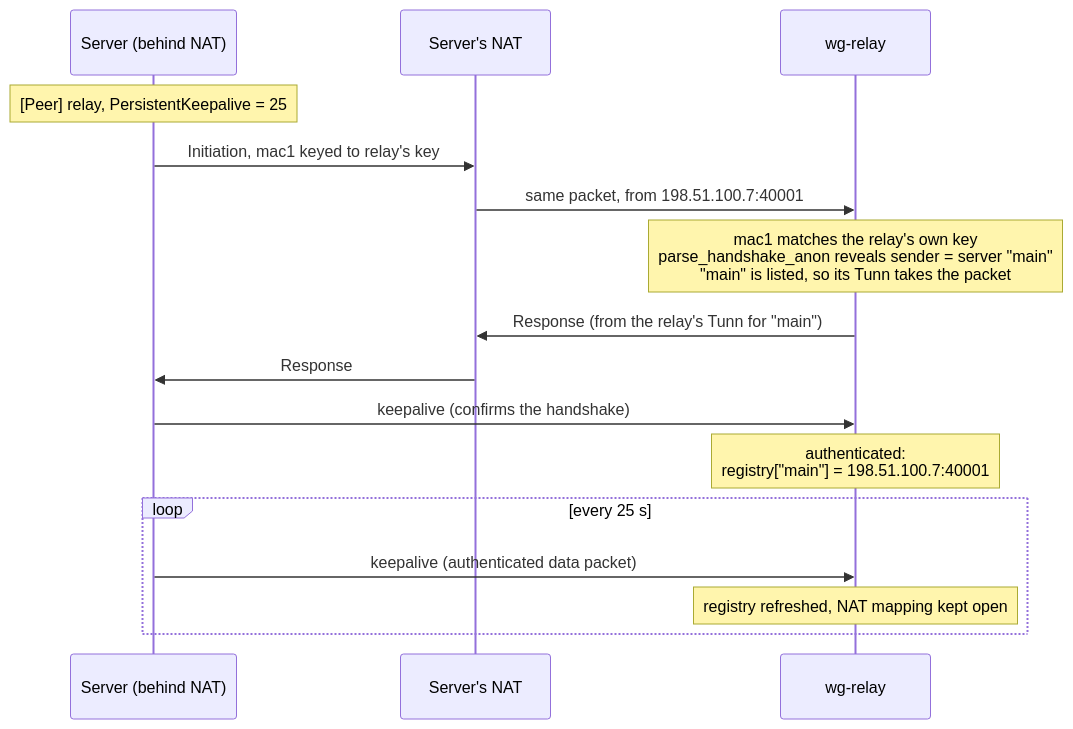
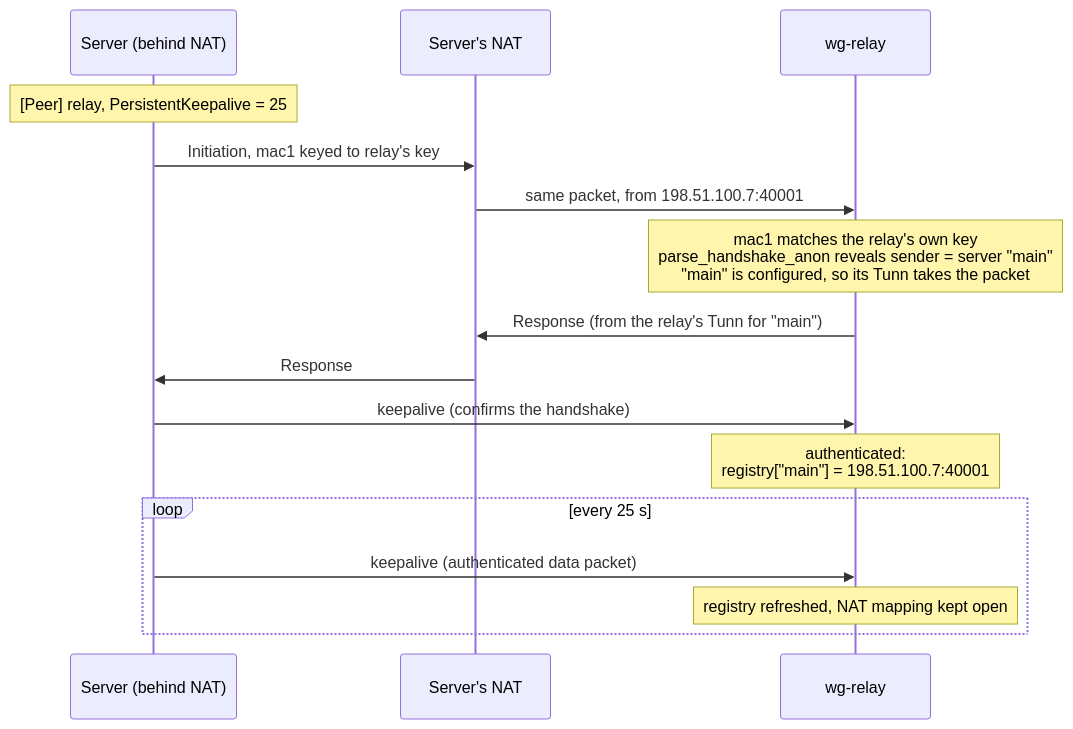
One commit to 3alpha/wg-relay changed the tenth of 23 diagrams in docs/how-it-works.md. Above: the diagram before and after it, drawn with Mermaid. The commit also changed other lines of this file and 46 other files, not shown here.

````diff
--- a/docs/how-it-works.md
+++ b/docs/how-it-works.md
@@ -383,18 +385,18 @@
 ```mermaid
 sequenceDiagram
     participant S as Server (behind NAT)
     participant N as Server's NAT
     participant R as wg-relay
     Note over S: [Peer] relay, PersistentKeepalive = 25
     S->>N: Initiation, mac1 keyed to relay's key
     N->>R: same packet, from 198.51.100.7:40001
-    Note over R: mac1 matches the relay's own key<br/>parse_handshake_anon reveals sender = server "main"<br/>"main" is listed, so its Tunn takes the packet
+    Note over R: mac1 matches the relay's own key<br/>parse_handshake_anon reveals sender = server "main"<br/>"main" is configured, so its Tunn takes the packet
     R->>N: Response (from the relay's Tunn for "main")
     N->>S: Response
     S->>R: keepalive (confirms the handshake)
     Note over R: authenticated:<br/>registry["main"] = 198.51.100.7:40001
     loop every 25 s
         S->>R: keepalive (authenticated data packet)
         Note over R: registry refreshed, NAT mapping kept open
     end
 ```
````
